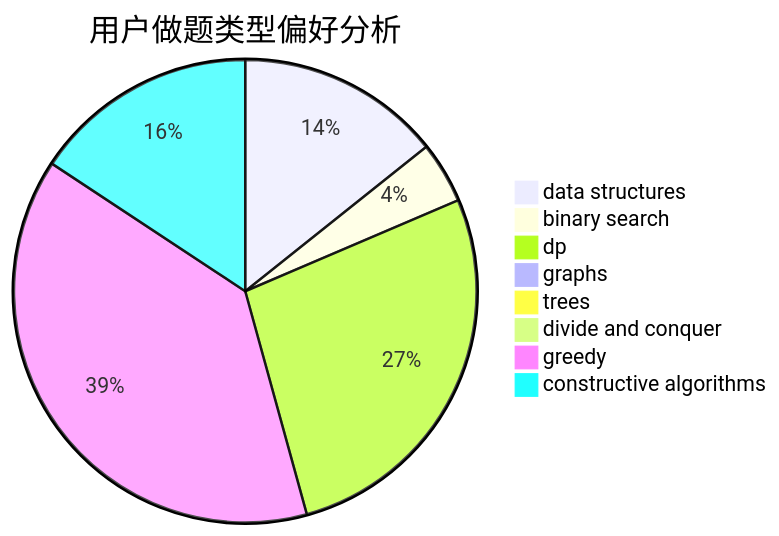
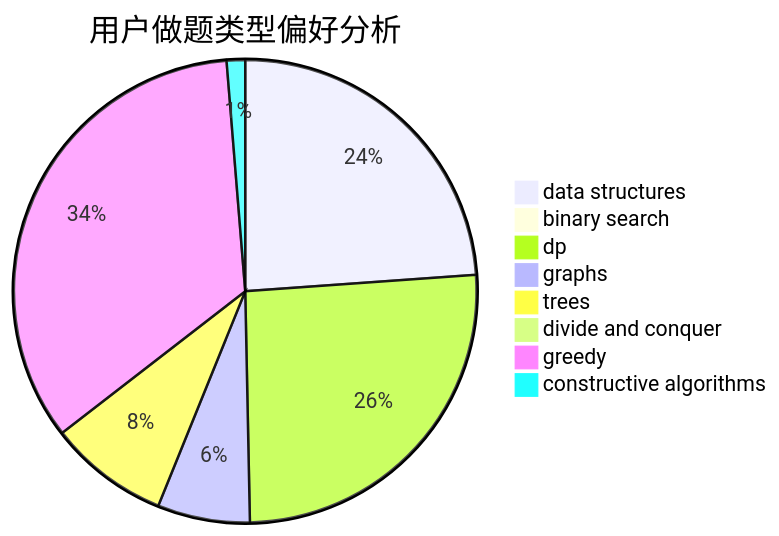
The second of 3 diagrams in docs/user/u1037.md (sherpahu/cfrs.github.io), drawn with Mermaid before and after one commit. The commit also changed other lines of this file and 2770 other files, not shown here.

````diff
--- a/docs/user/u1037.md
+++ b/docs/user/u1037.md
@@ -23,11 +23,11 @@
 ```mermaid
 pie title 用户做题类型偏好分析
-    "data structures" :  10
-    "binary search" :  3
-    "dp" :  19
-    "graphs" :  0
-    "trees" :  0
+    "data structures" :  37
+    "binary search" :  0
+    "dp" :  40
+    "graphs" :  10
+    "trees" :  13
     "divide and conquer" :  0
-    "greedy" :  27
-    "constructive algorithms" :  11
+    "greedy" :  53
+    "constructive algorithms" :  2
 ```
````
